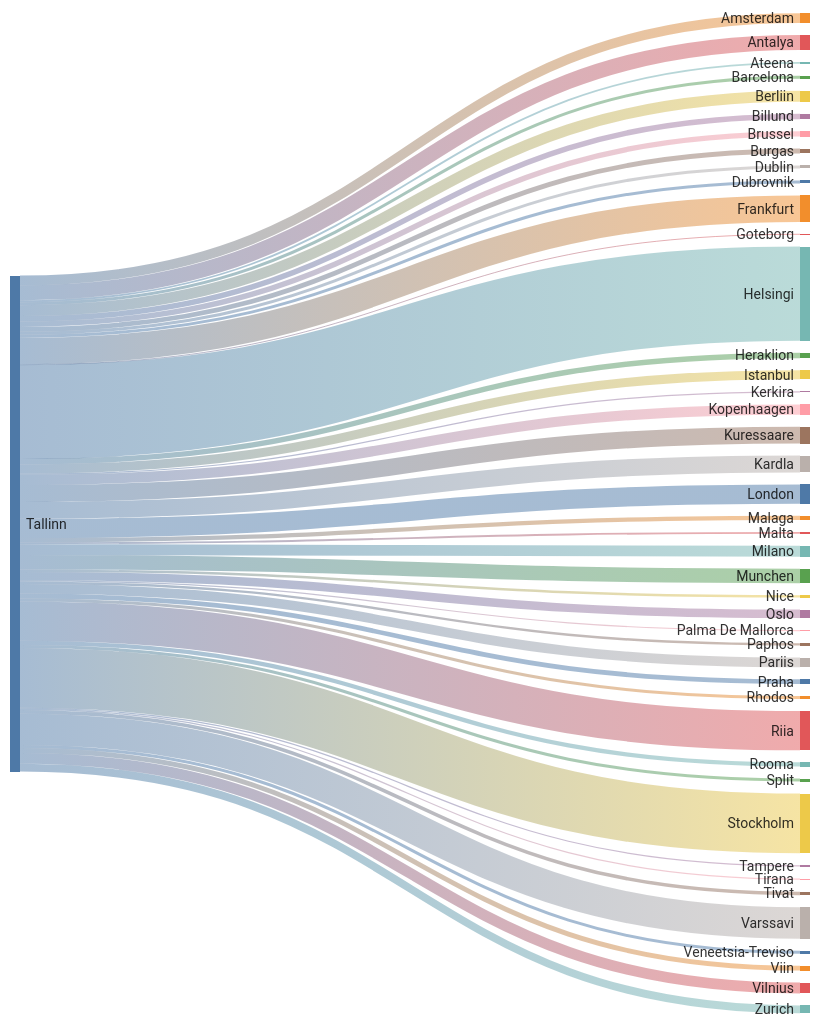
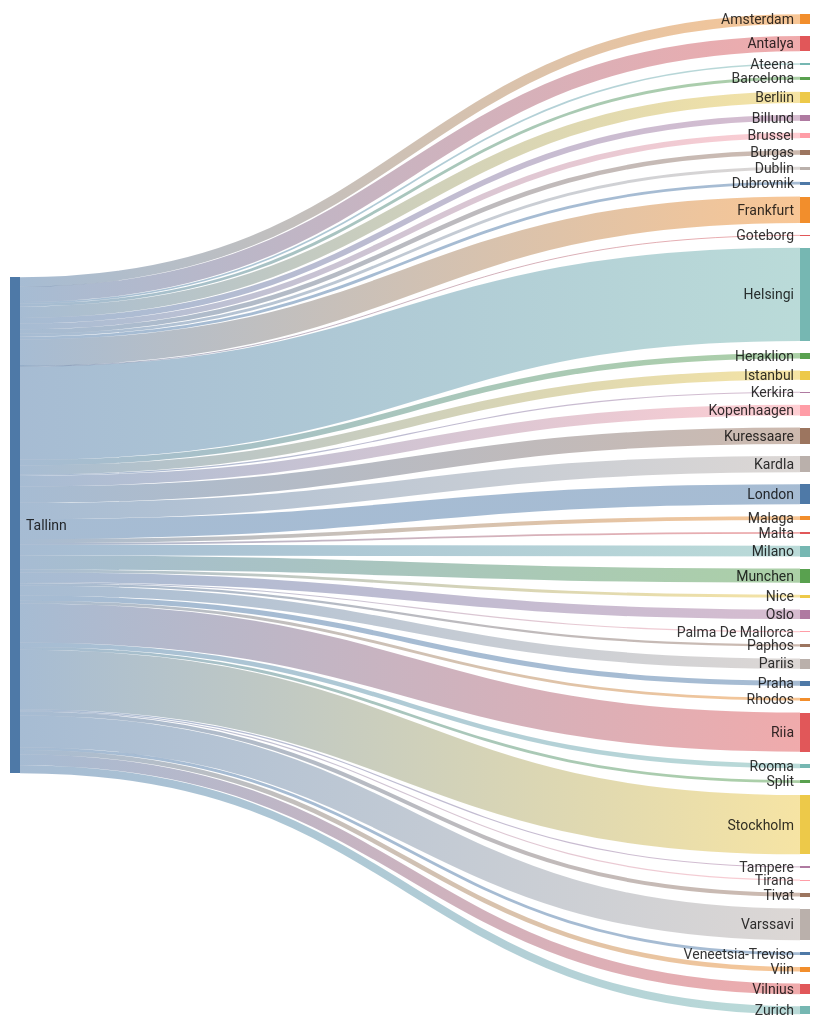
The second of 2 diagrams in README.md (rainermesi/tll-airport-departures), drawn with Mermaid before and after one commit. The commit also changed other lines of this file, not shown here.

````diff
--- a/README.md
+++ b/README.md
@@ -34,56 +34,56 @@
 ```mermaid
 ---
 config:
   sankey:
     showValues: false
     width: 800
     height: 1000
 ---
 sankey-beta
 %% source,target,value
-Tallinn,Amsterdam,16
-Tallinn,Antalya,25
+Tallinn,Amsterdam,17
+Tallinn,Antalya,27
 Tallinn,Ateena,3
 Tallinn,Barcelona,5
-Tallinn,Berliin,18
-Tallinn,Billund,9
-Tallinn,Brussel,9
+Tallinn,Berliin,20
+Tallinn,Billund,10
+Tallinn,Brussel,10
 Tallinn,Burgas,8
 Tallinn,Dublin,5
 Tallinn,Dubrovnik,5
-Tallinn,Frankfurt,44
+Tallinn,Frankfurt,47
 Tallinn,Goteborg,1
-Tallinn,Helsingi,156
-Tallinn,Heraklion,9
-Tallinn,Istanbul,15
+Tallinn,Helsingi,165
+Tallinn,Heraklion,10
+Tallinn,Istanbul,16
 Tallinn,Kerkira,2
-Tallinn,Kopenhaagen,17
-Tallinn,Kuressaare,28
-Tallinn,Kardla,28
-Tallinn,London,32
+Tallinn,Kopenhaagen,19
+Tallinn,Kuressaare,29
+Tallinn,Kardla,29
+Tallinn,London,35
 Tallinn,Malaga,7
 Tallinn,Malta,3
-Tallinn,Milano,18
-Tallinn,Munchen,24
-Tallinn,Nice,4
-Tallinn,Oslo,14
+Tallinn,Milano,19
+Tallinn,Munchen,25
+Tallinn,Nice,5
+Tallinn,Oslo,17
 Tallinn,Palma De Mallorca,2
 Tallinn,Paphos,4
-Tallinn,Pariis,16
-Tallinn,Praha,8
+Tallinn,Pariis,18
+Tallinn,Praha,9
 Tallinn,Rhodos,5
-Tallinn,Riia,65
-Tallinn,Rooma,7
+Tallinn,Riia,69
+Tallinn,Rooma,8
 Tallinn,Split,5
-Tallinn,Stockholm,99
+Tallinn,Stockholm,105
 Tallinn,Tampere,2
 Tallinn,Tirana,2
-Tallinn,Tivat,6
-Tallinn,Varssavi,52
+Tallinn,Tivat,7
+Tallinn,Varssavi,56
 Tallinn,Veneetsia-Treviso,5
 Tallinn,Viin,8
-Tallinn,Vilnius,18
-Tallinn,Zurich,13
+Tallinn,Vilnius,19
+Tallinn,Zurich,14
 
 
 ```
````
